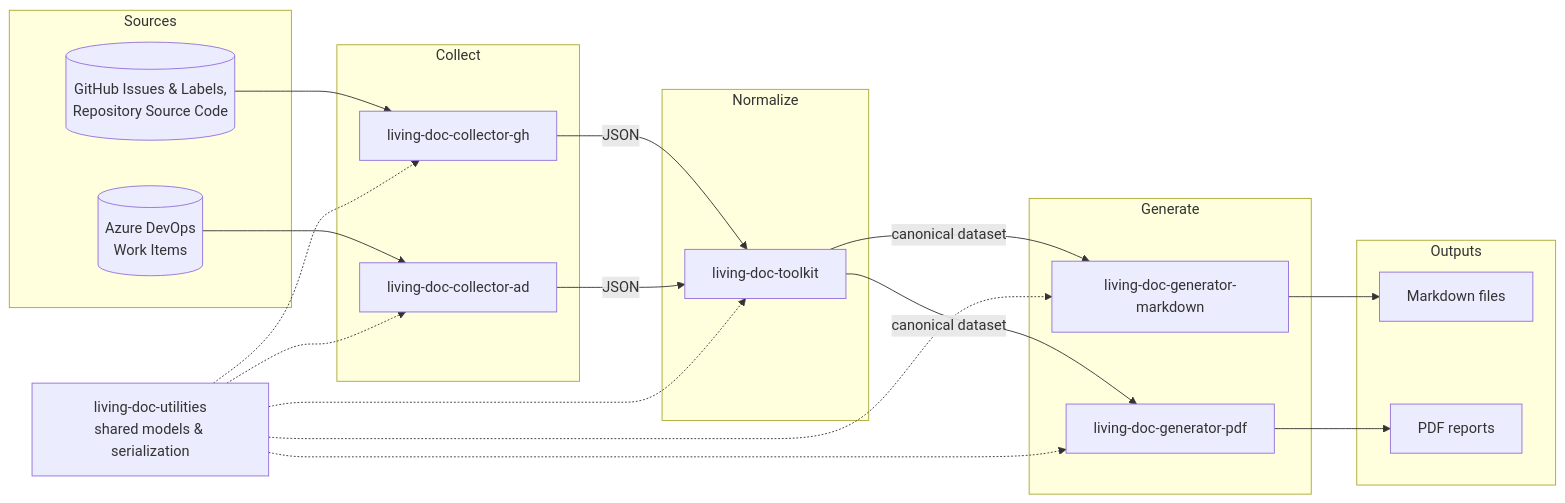
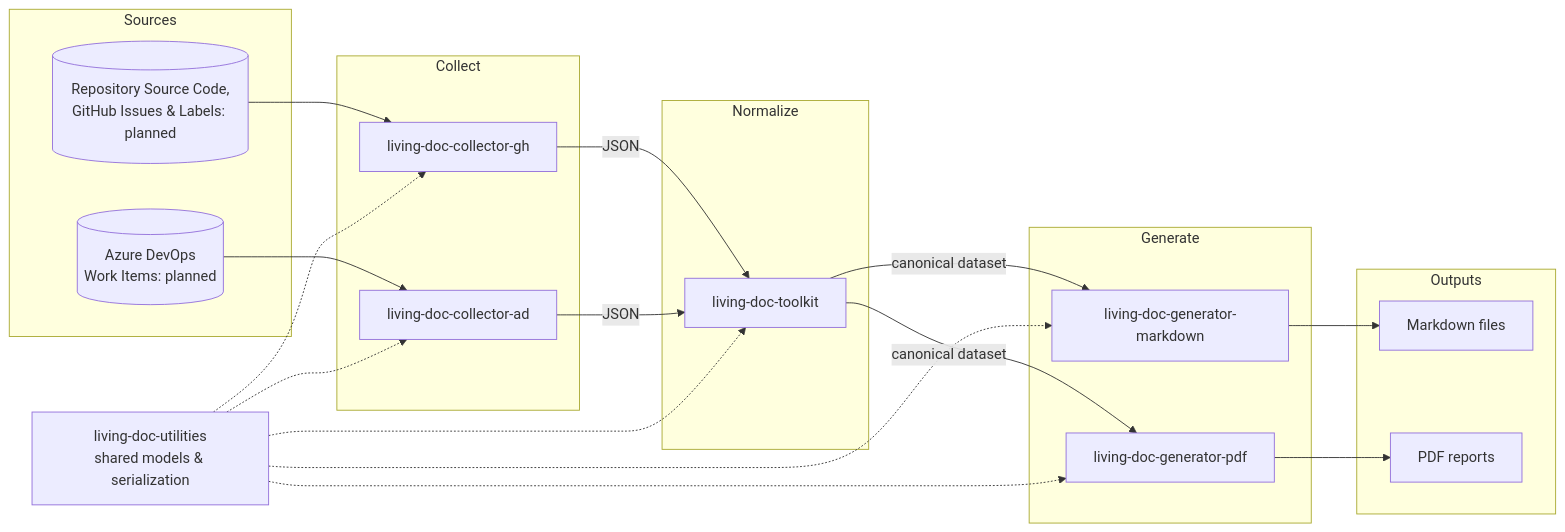
Before and after one commit to AbsaOSS/living-doc: the first of 2 diagrams in docs/introduction/architecture.md, drawn with Mermaid. The commit also changed other lines of this file and 16 other files, not shown here.

````diff
--- a/docs/introduction/architecture.md
+++ b/docs/introduction/architecture.md
@@ -7,40 +7,40 @@
 ```mermaid
 flowchart LR
     subgraph Sources
-        GH[(GitHub Issues & Labels,<br/>Repository Source Code)]
-        AD[(Azure DevOps<br/>Work Items)]
+        GH[(Repository Source Code,<br/>GitHub Issues & Labels: planned)]
+        AD[(Azure DevOps<br/>Work Items: planned)]
     end
 
     subgraph Collect
         CGH[living-doc-collector-gh]
         CAD[living-doc-collector-ad]
     end
 
     subgraph Normalize
         TK[living-doc-toolkit]
     end
 
     subgraph Generate
         GM[living-doc-generator-markdown]
         GPDF[living-doc-generator-pdf]
     end
 
     subgraph Outputs
         OM[Markdown files]
         OPDF[PDF reports]
     end
 
     GH --> CGH
     AD --> CAD
     CGH -- JSON --> TK
     CAD -- JSON --> TK
     TK -- canonical dataset --> GM --> OM
     TK -- canonical dataset --> GPDF --> OPDF
 
     UTIL[living-doc-utilities<br/>shared models & serialization]
     UTIL -.-> CGH
     UTIL -.-> CAD
     UTIL -.-> TK
     UTIL -.-> GM
     UTIL -.-> GPDF
 ```
````
